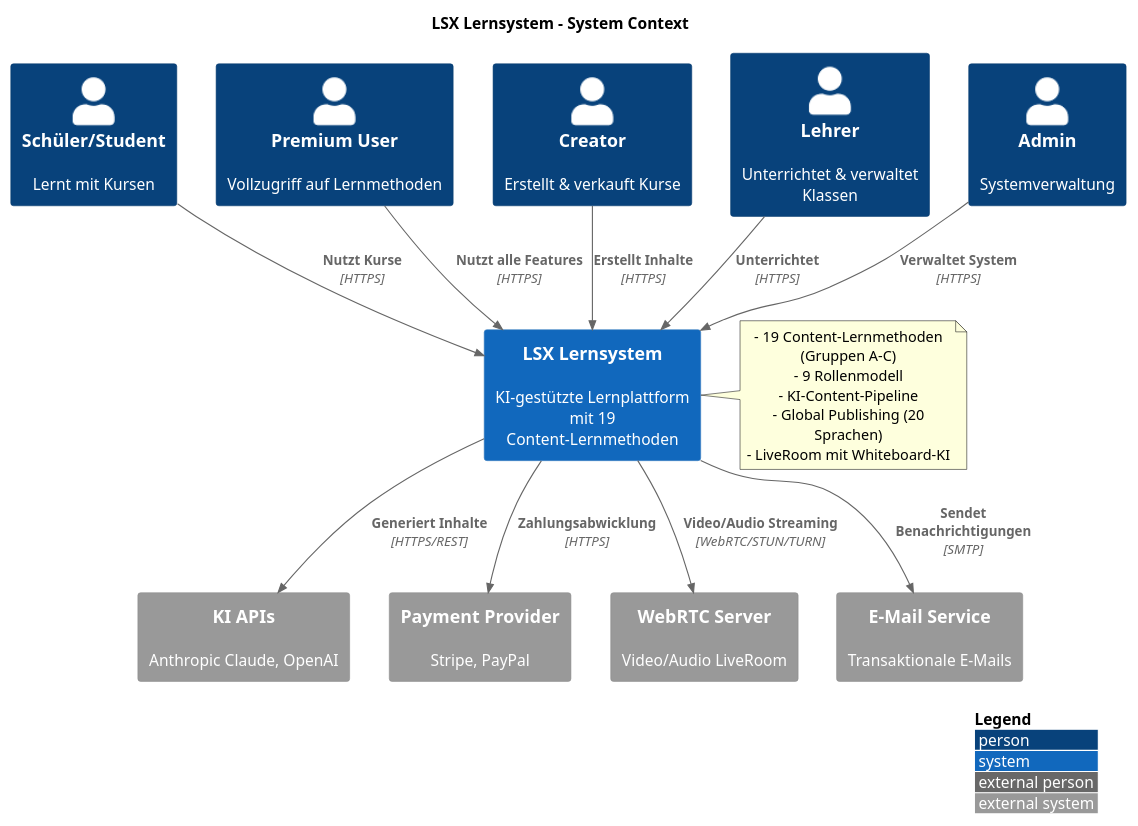
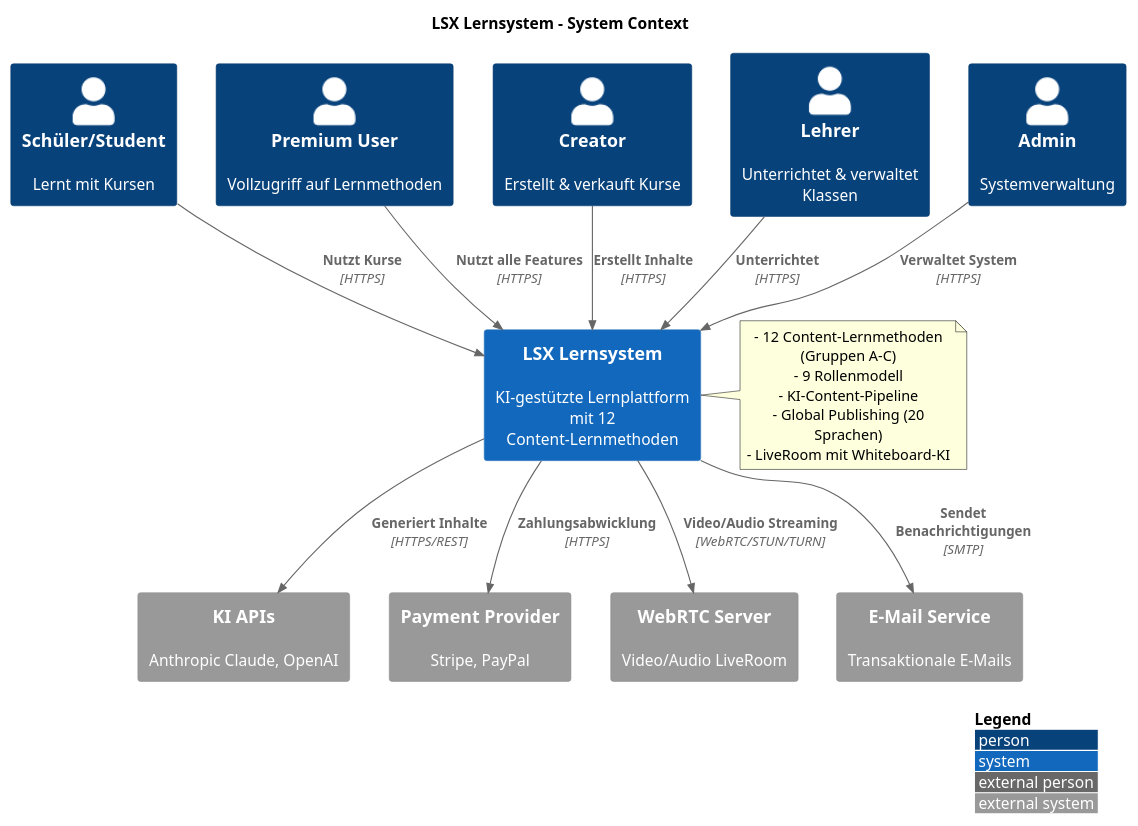
One commit to flokflok1/lernseite changed the first of 13 diagrams in LernsystemX-Doku/01_Core/00_System-Übersicht.md. Above: the diagram before and after it, drawn with PlantUML. The commit also changed other lines of this file and 1490 other files, not shown here.

````diff
--- a/LernsystemX-Doku/01_Core/00_System-Übersicht.md
+++ b/LernsystemX-Doku/01_Core/00_System-Übersicht.md
@@ -20,42 +20,42 @@
 ```plantuml
 @startuml
 !include https://raw.githubusercontent.com/plantuml-stdlib/C4-PlantUML/master/C4_Context.puml
 
 LAYOUT_WITH_LEGEND()
 
 title LSX Lernsystem - System Context
 
 Person(student, "Schüler/Student", "Lernt mit Kursen")
 Person(premium, "Premium User", "Vollzugriff auf Lernmethoden")
 Person(creator, "Creator", "Erstellt & verkauft Kurse")
 Person(teacher, "Lehrer", "Unterrichtet & verwaltet Klassen")
 Person(admin, "Admin", "Systemverwaltung")
 
-System(lsx, "LSX Lernsystem", "KI-gestützte Lernplattform mit 19 Content-Lernmethoden")
+System(lsx, "LSX Lernsystem", "KI-gestützte Lernplattform mit 12 Content-Lernmethoden")
 
 System_Ext(ki_api, "KI APIs", "Anthropic Claude, OpenAI")
 System_Ext(payment, "Payment Provider", "Stripe, PayPal")
 System_Ext(webrtc, "WebRTC Server", "Video/Audio LiveRoom")
 System_Ext(email, "E-Mail Service", "Transaktionale E-Mails")
 
 Rel(student, lsx, "Nutzt Kurse", "HTTPS")
 Rel(premium, lsx, "Nutzt alle Features", "HTTPS")
 Rel(creator, lsx, "Erstellt Inhalte", "HTTPS")
 Rel(teacher, lsx, "Unterrichtet", "HTTPS")
 Rel(admin, lsx, "Verwaltet System", "HTTPS")
 
 Rel(lsx, ki_api, "Generiert Inhalte", "HTTPS/REST")
 Rel(lsx, payment, "Zahlungsabwicklung", "HTTPS")
 Rel(lsx, webrtc, "Video/Audio Streaming", "WebRTC/STUN/TURN")
 Rel(lsx, email, "Sendet Benachrichtigungen", "SMTP")
 
 note right of lsx
-  - 19 Content-Lernmethoden (Gruppen A-C)
+  - 12 Content-Lernmethoden (Gruppen A-C)
   - 9 Rollenmodell
   - KI-Content-Pipeline
   - Global Publishing (20 Sprachen)
   - LiveRoom mit Whiteboard-KI
 end note
 
 @enduml
 ```
````
